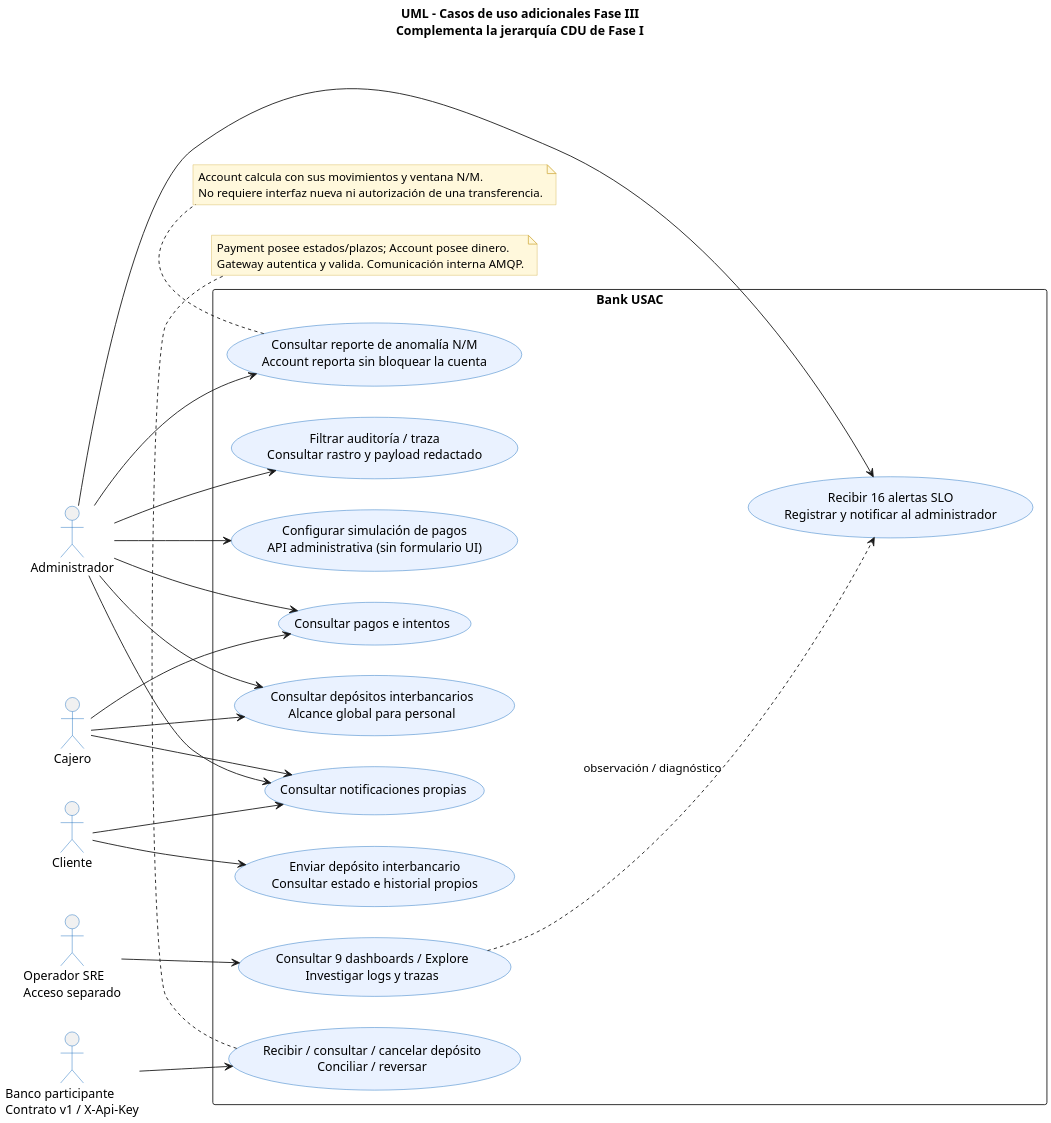
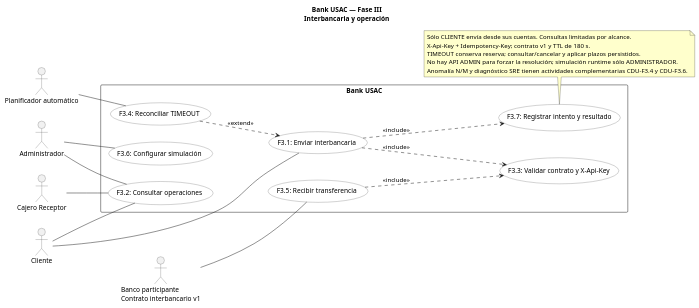
The diagram in docs/architecture/diagrams/cdu/fase3/fase3-casos-de-uso.puml (marcosbondel/Proyecto-SA-B-2), drawn with PlantUML before and after one commit. The commit also changed 41 other files, not shown here.

Commit message:
feat: add phase 3 architecture diagrams, use cases, and documentation inventory

```diff
--- a/docs/architecture/diagrams/cdu/fase3/fase3-casos-de-uso.puml
+++ b/docs/architecture/diagrams/cdu/fase3/fase3-casos-de-uso.puml
@@ -1,52 +1,43 @@
 @startuml 13-casos-uso-fase3
+' Referencia semántica de la vista nativa Lucid, no su geometría ni su render.
 left to right direction
 skinparam shadowing false
 skinparam defaultFontName "Segoe UI"
-skinparam dpi 180
-skinparam ActorBorderColor #1168BD
-skinparam usecaseBackgroundColor #EAF2FF
-skinparam usecaseBorderColor #1168BD
-skinparam noteBackgroundColor #FFF8DC
-skinparam noteBorderColor #D6B656
-title UML - Casos de uso adicionales Fase III\nComplementa la jerarquía CDU de Fase I
+skinparam usecaseBackgroundColor White
+skinparam usecaseBorderColor #444444
+skinparam ActorBorderColor #444444
+skinparam noteBackgroundColor #FFFFCC
+title Bank USAC — Fase III\nInterbancaria y operación
+actor Administrador as A
 actor Cliente as C
-actor Cajero as T
-actor Administrador as A
-actor "Operador SRE\nAcceso separado" as S
-actor "Banco participante\nContrato v1 / X-Api-Key" as B
+actor "Cajero Receptor" as T
+actor "Banco participante\nContrato interbancario v1" as B
+actor "Planificador automático" as P
 rectangle "Bank USAC" {
-  usecase "Enviar depósito interbancario\nConsultar estado e historial propios" as U1
-  usecase "Recibir / consultar / cancelar depósito\nConciliar / reversar" as U2
-  usecase "Consultar notificaciones propias" as U3
-  usecase "Consultar depósitos interbancarios\nAlcance global para personal" as U10
-  usecase "Consultar pagos e intentos" as U4
-  usecase "Filtrar auditoría / traza\nConsultar rastro y payload redactado" as U9
-  usecase "Configurar simulación de pagos\nAPI administrativa (sin formulario UI)" as U5
-  usecase "Consultar reporte de anomalía N/M\nAccount reporta sin bloquear la cuenta" as U6
-  usecase "Consultar 9 dashboards / Explore\nInvestigar logs y trazas" as U7
-  usecase "Recibir 16 alertas SLO\nRegistrar y notificar al administrador" as U8
+  usecase "F3.1: Enviar interbancaria" as U1
+  usecase "F3.2: Consultar operaciones" as U2
+  usecase "F3.3: Validar contrato y X-Api-Key" as U3
+  usecase "F3.4: Reconciliar TIMEOUT" as U4
+  usecase "F3.5: Recibir transferencia" as U5
+  usecase "F3.6: Configurar simulación" as U6
+  usecase "F3.7: Registrar intento y resultado" as U7
 }
-C --> U1
-C --> U3
-T --> U4
-A --> U10
-T --> U10
-A --> U3
-T --> U3
-A --> U4
-A --> U9
-A --> U5
-A --> U6
-A --> U8
-B --> U2
-S --> U7
-U7 ..> U8 : observación / diagnóstico
-note bottom of U6
-  Account calcula con sus movimientos y ventana N/M.
-  No requiere interfaz nueva ni autorización de una transferencia.
-end note
-note bottom of U2
-  Payment posee estados/plazos; Account posee dinero.
-  Gateway autentica y valida. Comunicación interna AMQP.
+C -- U1
+C -- U2
+A -- U2
+A -- U6
+T -- U2
+B -- U5
+P -- U4
+U1 ..> U3 : <<include>>
+U1 ..> U7 : <<include>>
+U5 ..> U3 : <<include>>
+U4 ..> U1 : <<extend>>
+note bottom
+  Sólo CLIENTE envía desde sus cuentas. Consultas limitadas por alcance.
+  X-Api-Key + Idempotency-Key; contrato v1 y TTL de 180 s.
+  TIMEOUT conserva reserva; consultar/cancelar y aplicar plazos persistidos.
+  No hay API ADMIN para forzar la resolución; simulación runtime sólo ADMINISTRADOR.
+  Anomalía N/M y diagnóstico SRE tienen actividades complementarias CDU-F3.4 y CDU-F3.6.
 end note
 @enduml
```
